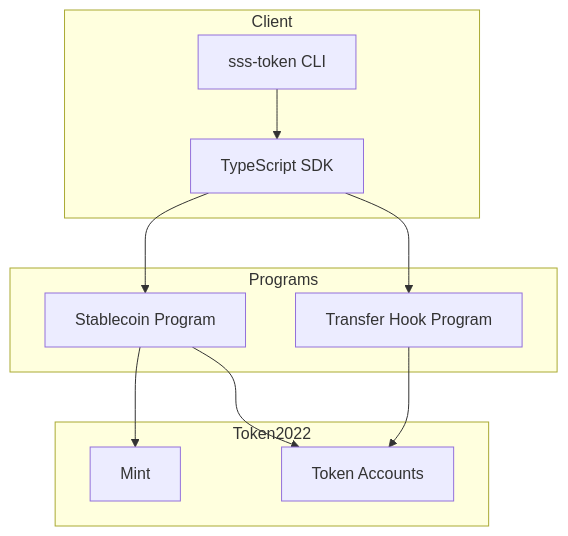
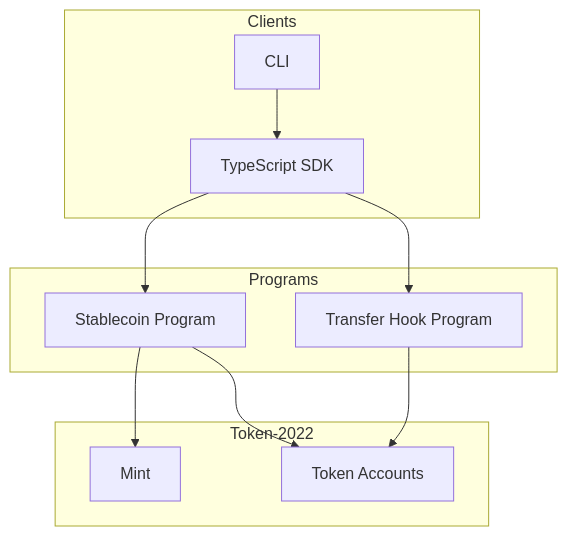
One commit to irfanfaraaz/solana-stablecoin-standard changed the first of 3 diagrams in docs/ARCHITECTURE.md. Above: the diagram before and after it, drawn with Mermaid. The commit also changed other lines of this file and 9 other files, not shown here.

Commit message:
docs: add Mermaid diagrams across docs, remove Excalidraw

````diff
--- a/docs/ARCHITECTURE.md
+++ b/docs/ARCHITECTURE.md
@@ -76,21 +76,21 @@
 ```mermaid
 flowchart TB
-  subgraph Client
-    CLI[sss-token CLI]
+  subgraph Clients["Clients"]
+    CLI[CLI]
     SDK[TypeScript SDK]
   end
-  subgraph Programs
+  subgraph Programs["Programs"]
     SC[Stablecoin Program]
     TH[Transfer Hook Program]
   end
-  subgraph Token2022
+  subgraph Token2022["Token-2022"]
     Mint[Mint]
     ATA[Token Accounts]
   end
   CLI --> SDK
   SDK --> SC
   SDK --> TH
   SC --> Mint
   SC --> ATA
   TH --> ATA
 ```
````
